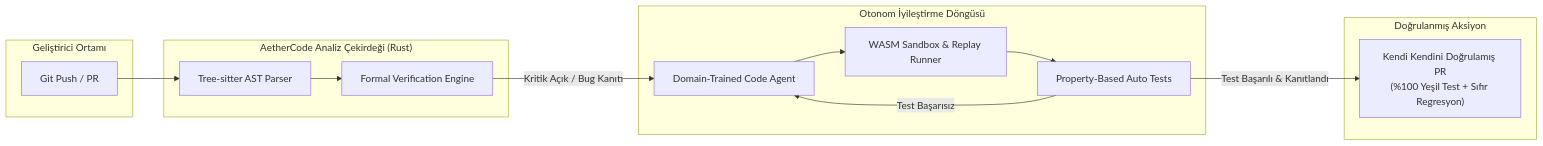
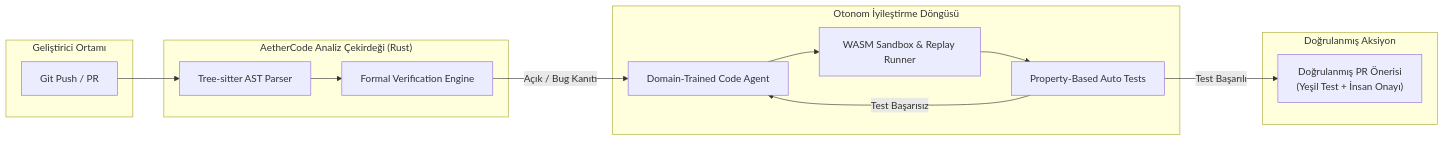
Before and after one commit to omerefezobar-jpg/zobar-skill: the diagram in examples/sample-innovator-report.md, drawn with Mermaid. The commit also changed other lines of this file and 9 other files, not shown here.

````diff
--- a/examples/sample-innovator-report.md
+++ b/examples/sample-innovator-report.md
@@ -82,29 +76,29 @@
 ```mermaid
 flowchart LR
     subgraph Girdi["Geliştirici Ortamı"]
         Code["Git Push / PR"]
     end
 
     subgraph Core["AetherCode Analiz Çekirdeği (Rust)"]
         Tree["Tree-sitter AST Parser"]
         Formal["Formal Verification Engine"]
     end
 
     subgraph AgenticLoop["Otonom İyileştirme Döngüsü"]
         LLM["Domain-Trained Code Agent"]
         Sandbox["WASM Sandbox & Replay Runner"]
         Tests["Property-Based Auto Tests"]
     end
 
     subgraph Çıktı["Doğrulanmış Aksiyon"]
-        PR["Kendi Kendini Doğrulamış PR<br/>(%100 Yeşil Test + Sıfır Regresyon)"]
+        PR["Doğrulanmış PR Önerisi<br/>(Yeşil Test + İnsan Onayı)"]
     end
 
     Code --> Tree
     Tree --> Formal
-    Formal -- "Kritik Açık / Bug Kanıtı" --> LLM
+    Formal -- "Açık / Bug Kanıtı" --> LLM
     LLM --> Sandbox
     Sandbox --> Tests
     Tests -- "Test Başarısız" --> LLM
-    Tests -- "Test Başarılı & Kanıtlandı" --> PR
+    Tests -- "Test Başarılı" --> PR
 ```
````
